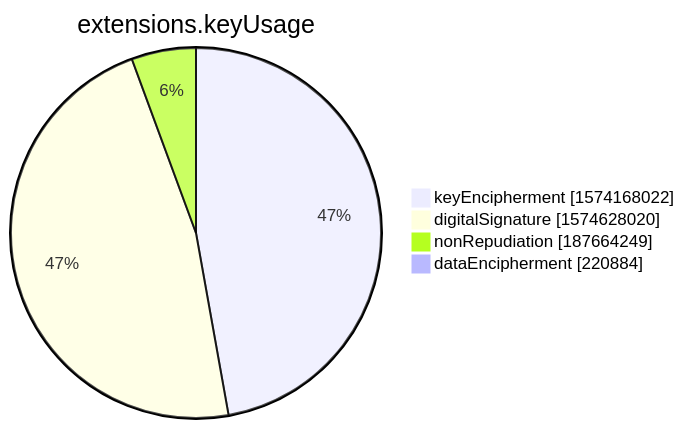
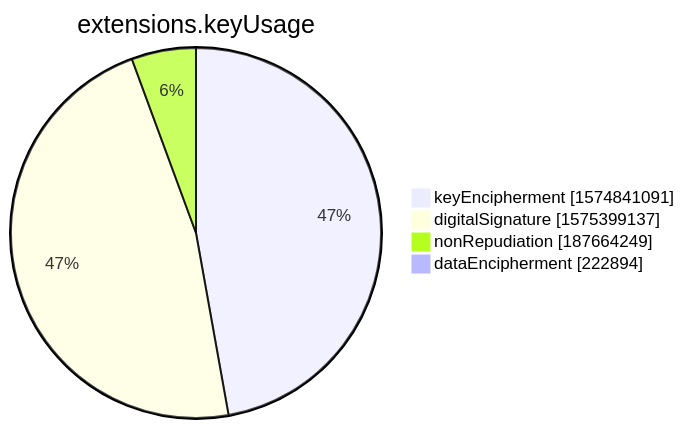
One commit to christiankrug/ctmonitor_visualization changed the seventh of 15 diagrams in xenon2022/README.md. Above: the diagram before and after it, drawn with Mermaid. The commit also changed other lines of this file, not shown here.

````diff
--- a/xenon2022/README.md
+++ b/xenon2022/README.md
@@ -2853,8 +2853,8 @@
 ```mermaid
 pie showData
 title extensions.keyUsage
-"keyEncipherment" :1574168022
-"digitalSignature" :1574628020
+"keyEncipherment" :1574841091
+"digitalSignature" :1575399137
 "nonRepudiation" :187664249
-"dataEncipherment" :220884
+"dataEncipherment" :222894
 ```
````
